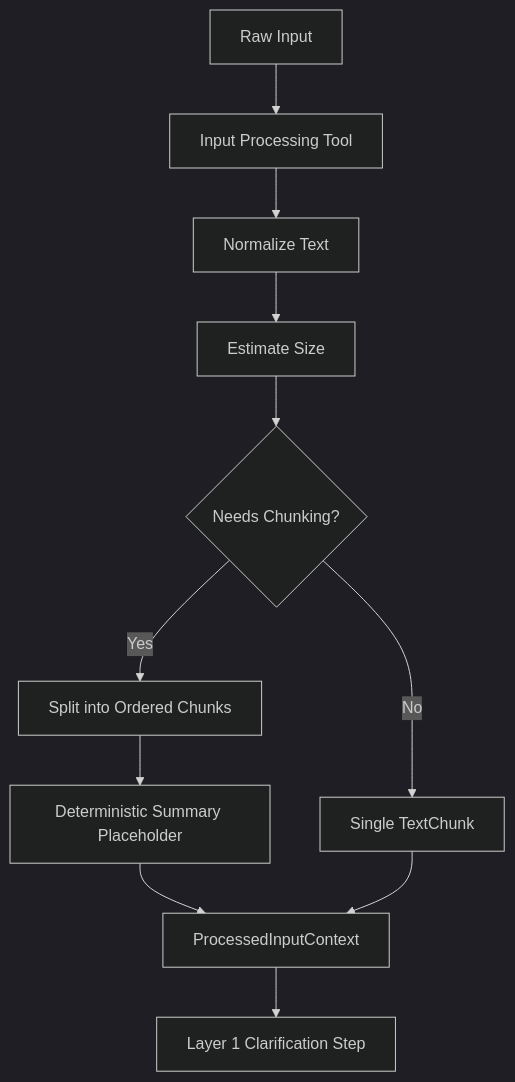
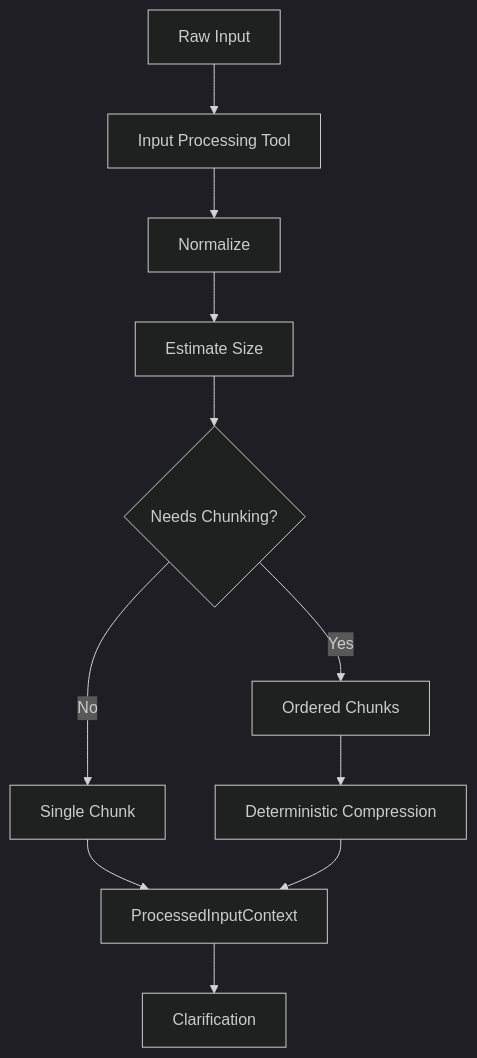
The second of 4 diagrams in Docs/system-design-detailed-plan.md (ProductMasterz/Mujarrad-Frontend), drawn with Mermaid (dark theme) before and after one commit. The commit also changed other lines of this file and 50 other files, not shown here.

````diff
--- a/Docs/system-design-detailed-plan.md
+++ b/Docs/system-design-detailed-plan.md
@@ -587,13 +632,13 @@
 ```mermaid
 flowchart TD
     A[Raw Input] --> B[Input Processing Tool]
-    B --> C[Normalize Text]
+    B --> C[Normalize]
     C --> D[Estimate Size]
     D --> E{Needs Chunking?}
-    E -->|No| F[Single TextChunk]
-    E -->|Yes| G[Split into Ordered Chunks]
-    G --> H[Deterministic Summary Placeholder]
-    H --> I[ProcessedInputContext]
-    F --> I
-    I --> J[Layer 1 Clarification Step]
+    E -->|No| F[Single Chunk]
+    E -->|Yes| G[Ordered Chunks]
+    G --> H[Deterministic Compression]
+    F --> I[ProcessedInputContext]
+    H --> I
+    I --> J[Clarification]
 ```
````
